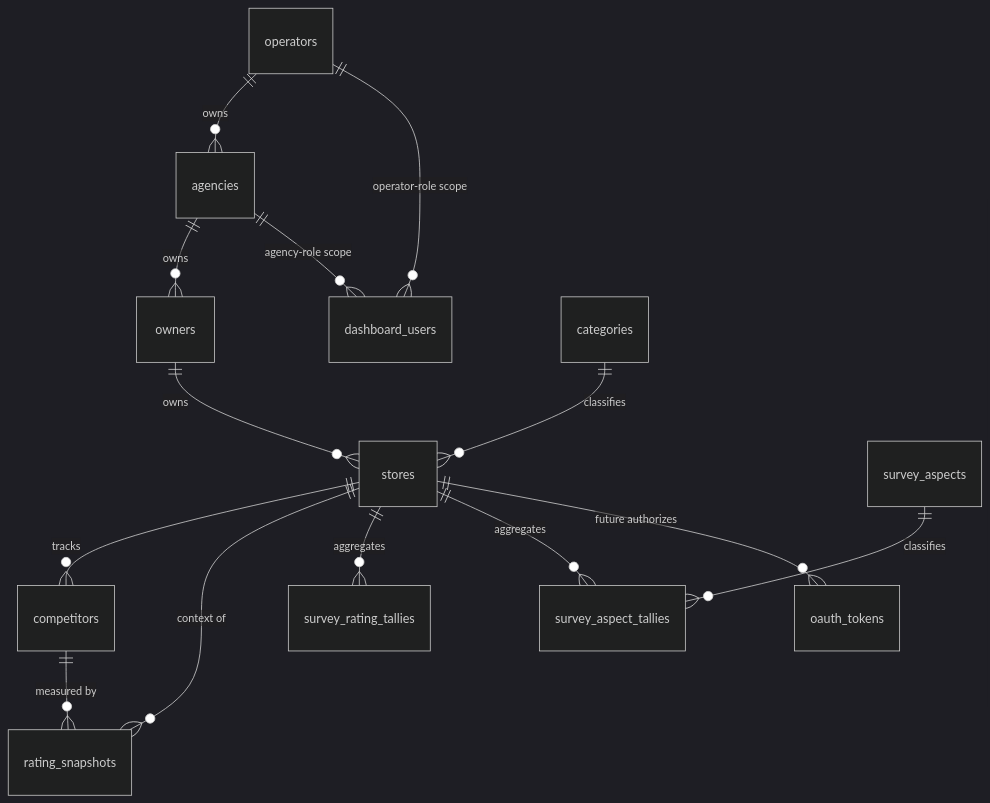
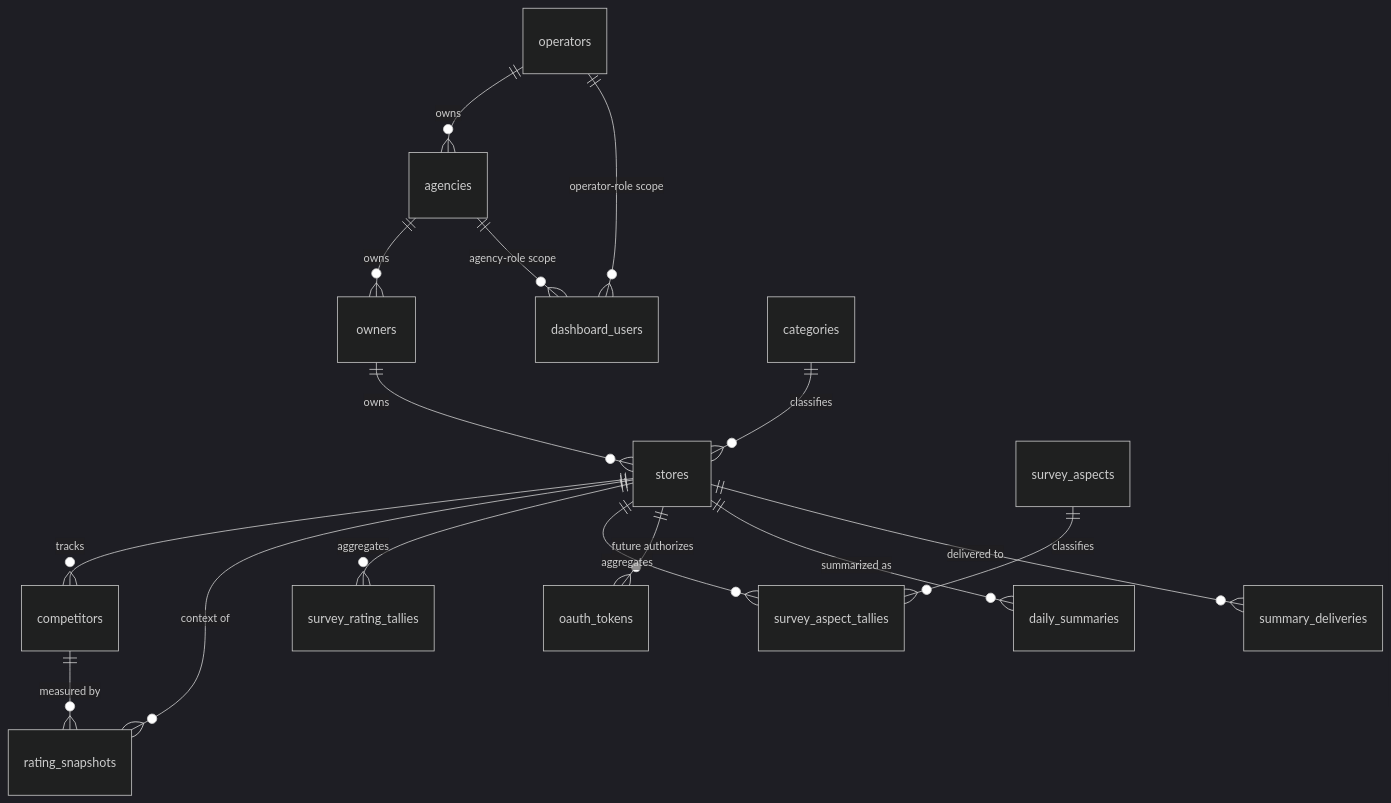
Before and after one commit to ManatoYamashita/fw-line-meo: the diagram in db/ERD.md, drawn with Mermaid (dark theme). The commit also changed other lines of this file and 2 other files, not shown here.

First line of the commit message:
feat(competitive-daily-summary): write-boundary/ERD を daily_summaries・summary_deliveries へ拡張

````diff
--- a/db/ERD.md
+++ b/db/ERD.md
@@ -8,16 +8,18 @@
 ```mermaid
 erDiagram
     operators ||--o{ agencies : owns
     agencies ||--o{ owners : owns
     owners ||--o{ stores : owns
     operators ||--o{ dashboard_users : "operator-role scope"
     agencies ||--o{ dashboard_users : "agency-role scope"
     categories ||--o{ stores : classifies
     stores ||--o{ competitors : tracks
     stores ||--o{ rating_snapshots : "context of"
     competitors ||--o{ rating_snapshots : "measured by"
     stores ||--o{ survey_rating_tallies : aggregates
     stores ||--o{ survey_aspect_tallies : aggregates
     survey_aspects ||--o{ survey_aspect_tallies : classifies
     stores ||--o{ oauth_tokens : "future authorizes"
+    stores ||--o{ daily_summaries : "summarized as"
+    stores ||--o{ summary_deliveries : "delivered to"
 ```
````
